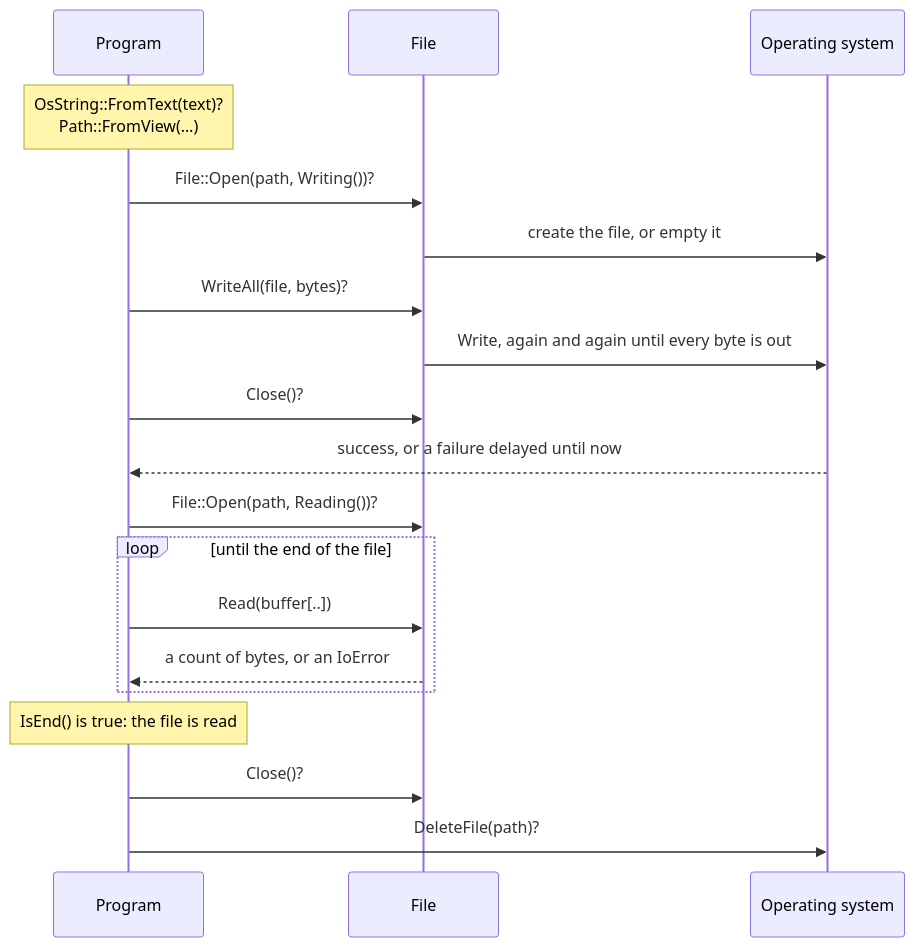
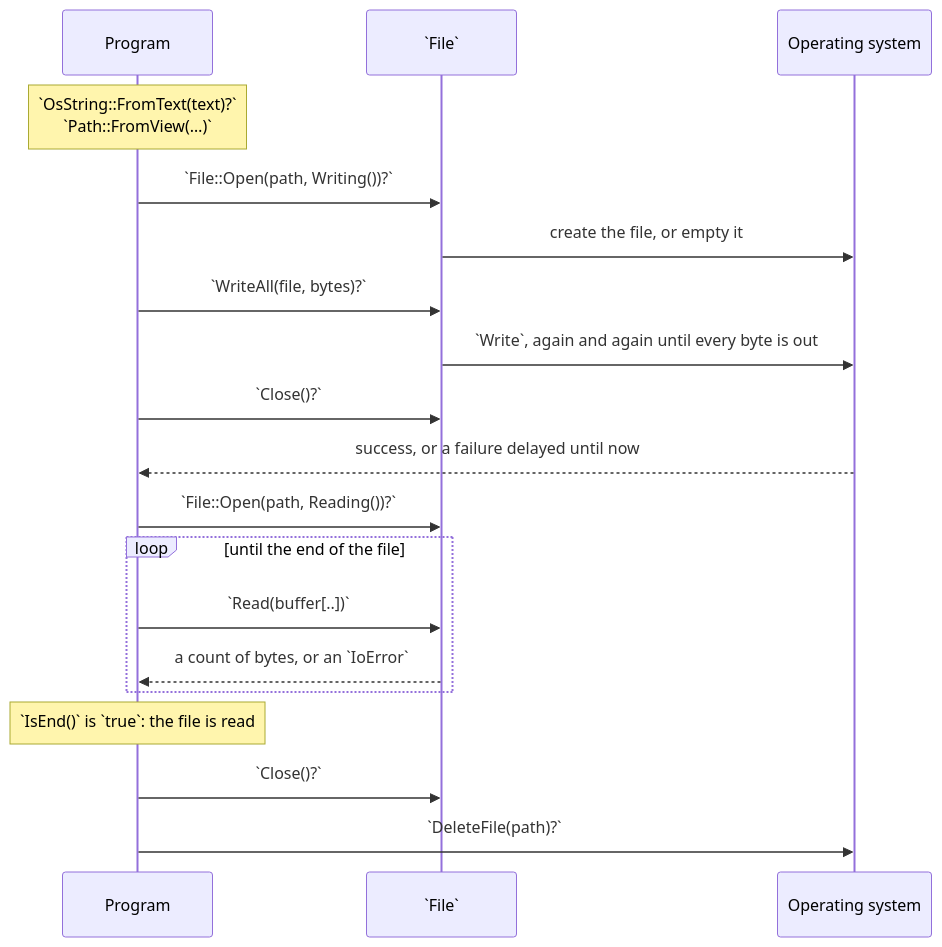
The diagram in content/docs/1.learn/19.files/00.index.md (rux-lang/Web), drawn with Mermaid before and after one commit. The commit also changed 187 other files, not shown here.

First line of the commit message:
Draw the Learn diagrams for phones, with code in the mono face

````diff
--- a/content/docs/1.learn/19.files/00.index.md
+++ b/content/docs/1.learn/19.files/00.index.md
@@ -26,21 +26,21 @@
 ```mermaid
 sequenceDiagram
     participant P as Program
-    participant F as File
+    participant F as `File`
     participant OS as Operating system
-    Note over P: OsString::FromText(text)?<br/>Path::FromView(…)
-    P->>F: File::Open(path, Writing())?
+    Note over P: `OsString::FromText(text)?`<br/>`Path::FromView(…)`
+    P->>F: `File::Open(path, Writing())?`
     F->>OS: create the file, or empty it
-    P->>F: WriteAll(file, bytes)?
-    F->>OS: Write, again and again until every byte is out
-    P->>F: Close()?
+    P->>F: `WriteAll(file, bytes)?`
+    F->>OS: `Write`, again and again until every byte is out
+    P->>F: `Close()?`
     OS-->>P: success, or a failure delayed until now
-    P->>F: File::Open(path, Reading())?
+    P->>F: `File::Open(path, Reading())?`
     loop until the end of the file
-        P->>F: Read(buffer[..])
-        F-->>P: a count of bytes, or an IoError
+        P->>F: `Read(buffer[..])`
+        F-->>P: a count of bytes, or an `IoError`
     end
-    Note over P: IsEnd() is true: the file is read
-    P->>F: Close()?
-    P->>OS: DeleteFile(path)?
+    Note over P: `IsEnd()` is `true`: the file is read
+    P->>F: `Close()?`
+    P->>OS: `DeleteFile(path)?`
 ```
````
